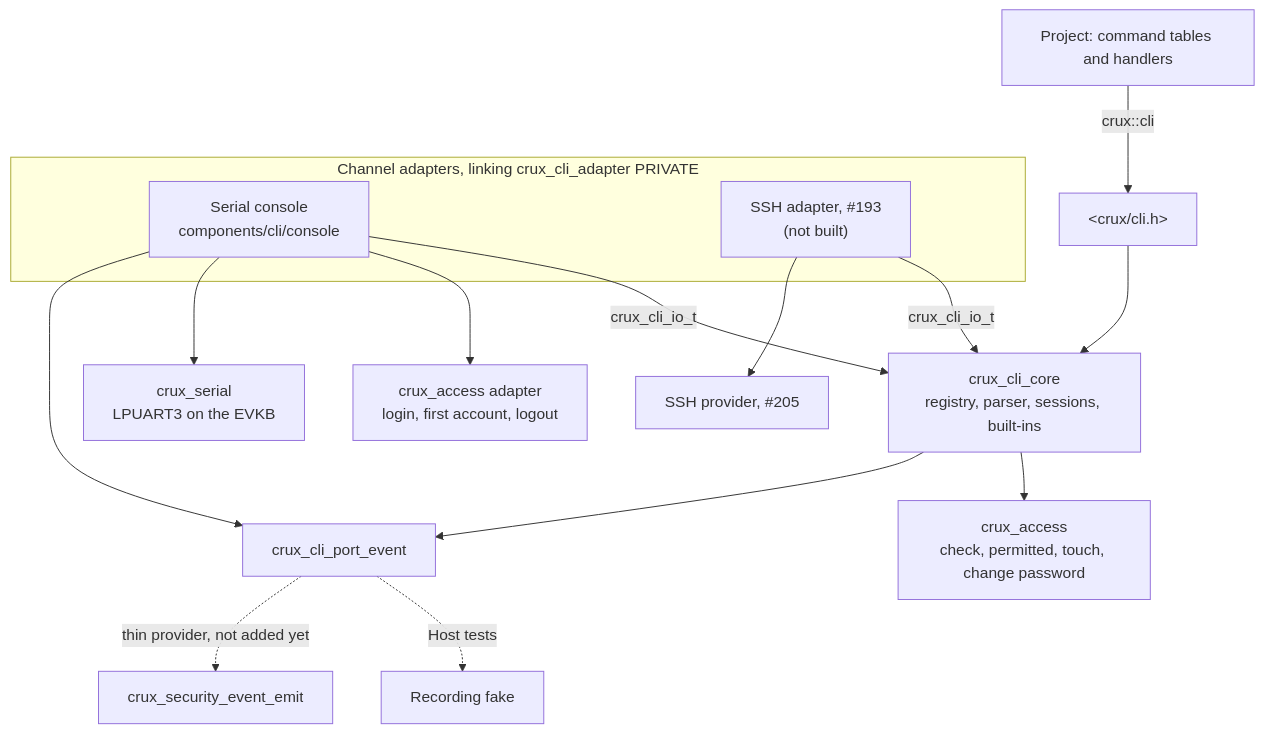
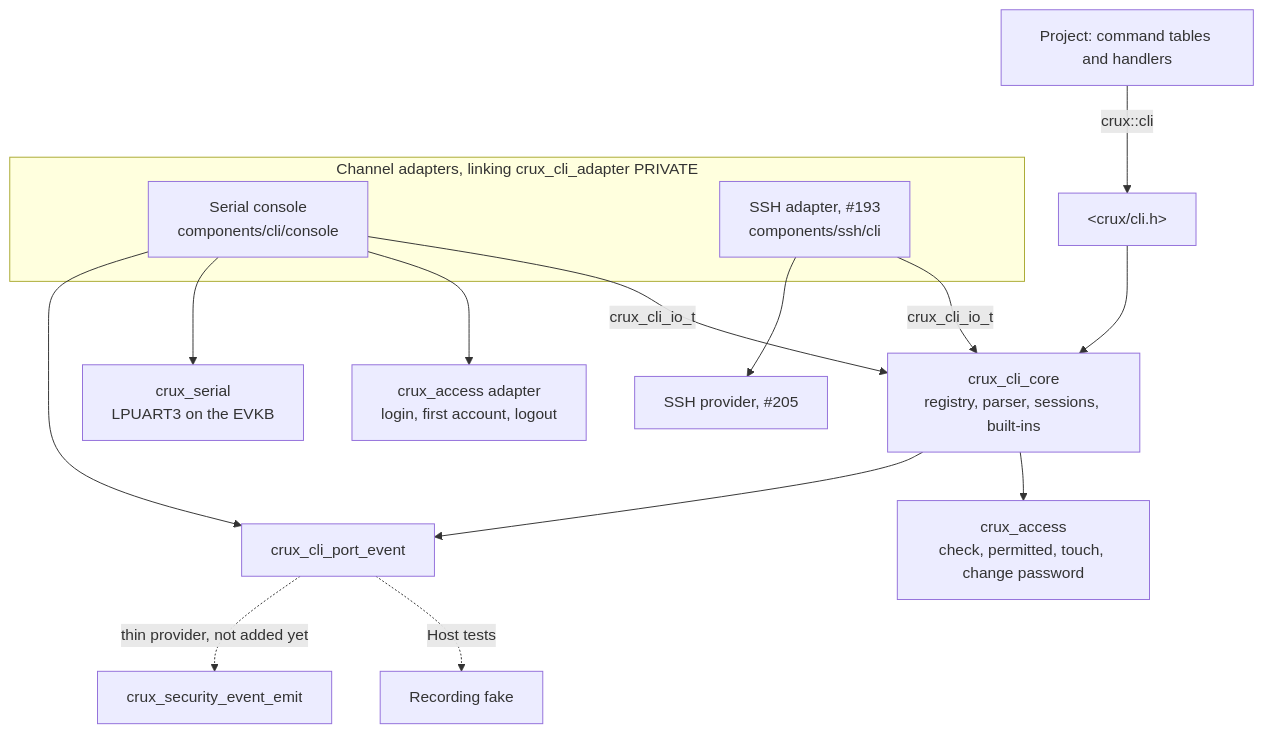
One commit to wonny-labs/crux-pilot changed the first of 4 diagrams in docs/cli-contract.md. Above: the diagram before and after it, drawn with Mermaid. The commit also changed other lines of this file and 33 other files, not shown here.

````diff
--- a/docs/cli-contract.md
+++ b/docs/cli-contract.md
@@ -38,19 +38,19 @@
 ```mermaid
 flowchart TB
     project["Project: command tables and handlers"] -->|"crux::cli"| public["&lt;crux/cli.h&gt;"]
     subgraph channels["Channel adapters, linking crux_cli_adapter PRIVATE"]
         console["Serial console<br/>components/cli/console"]
-        ssh["SSH adapter, #193<br/>(not built)"]
+        ssh["SSH adapter, #193<br/>components/ssh/cli"]
     end
     console -->|"crux_cli_io_t"| core
     ssh -->|"crux_cli_io_t"| core
     public --> core["crux_cli_core<br/>registry, parser, sessions, built-ins"]
     core --> access["crux_access<br/>check, permitted, touch, change password"]
     console --> access2["crux_access adapter<br/>login, first account, logout"]
     console --> serial["crux_serial<br/>LPUART3 on the EVKB"]
     ssh --> provider["SSH provider, #205"]
     core --> port["crux_cli_port_event"]
     console --> port
     port -.->|"Host tests"| fake["Recording fake"]
     port -.->|"thin provider, not added yet"| events["crux_security_event_emit"]
 ```
````
